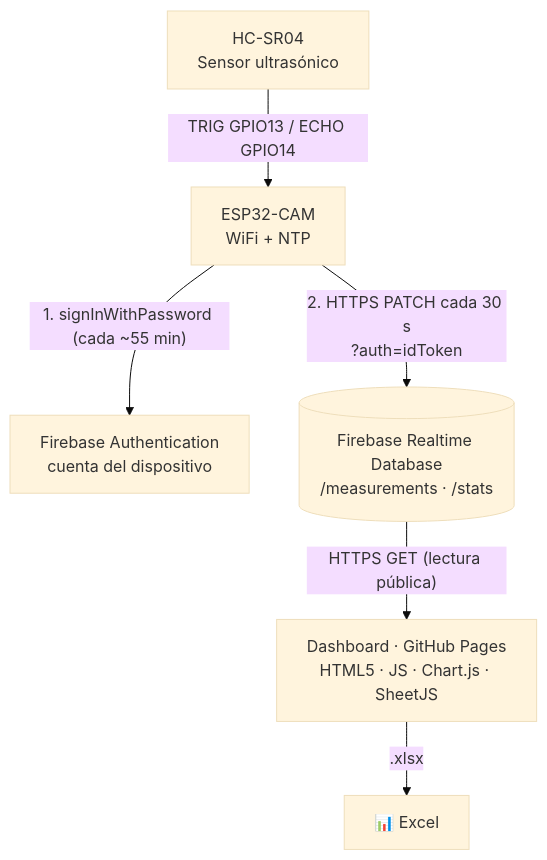
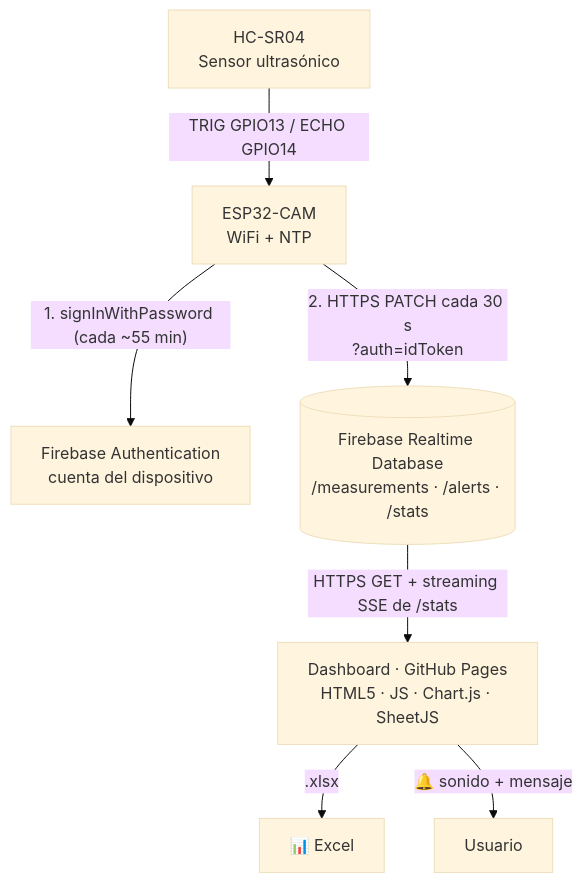
Before and after one commit to jose-i-rm/esp32-distance-monitoring-system: the first of 2 diagrams in README.md, drawn with Mermaid (base theme). The commit also changed other lines of this file and 11 other files, not shown here.

First line of the commit message:
feat: alertas por cambio de distancia con sonido y mensaje en tiempo real (v3)

````diff
--- a/README.md
+++ b/README.md
@@ -66,8 +70,9 @@
 ```mermaid
 flowchart TD
     HC["HC-SR04<br/>Sensor ultrasónico"] -->|TRIG GPIO13 / ECHO GPIO14| ESP["ESP32-CAM<br/>WiFi + NTP"]
     ESP -->|"1. signInWithPassword (cada ~55 min)"| AUTH["Firebase Authentication<br/>cuenta del dispositivo"]
-    ESP -->|"2. HTTPS PATCH cada 30 s<br/>?auth=idToken"| DB[("Firebase Realtime Database<br/>/measurements · /stats")]
-    DB -->|"HTTPS GET (lectura pública)"| UI["Dashboard · GitHub Pages<br/>HTML5 · JS · Chart.js · SheetJS"]
+    ESP -->|"2. HTTPS PATCH cada 30 s<br/>?auth=idToken"| DB[("Firebase Realtime Database<br/>/measurements · /alerts · /stats")]
+    DB -->|"HTTPS GET + streaming SSE de /stats"| UI["Dashboard · GitHub Pages<br/>HTML5 · JS · Chart.js · SheetJS"]
     UI -->|.xlsx| XLS["📊 Excel"]
+    UI -->|"🔔 sonido + mensaje"| USR["Usuario"]
 ```
````
